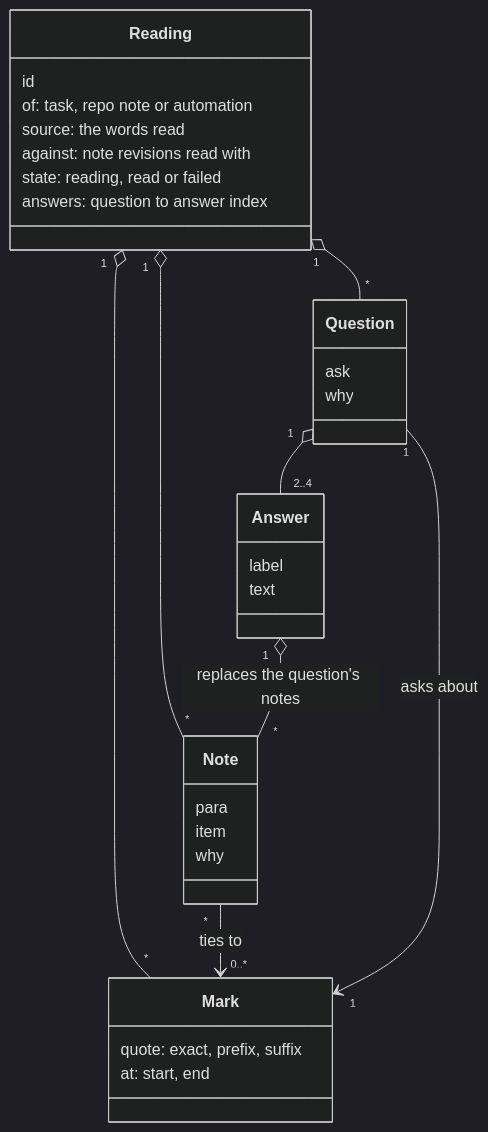
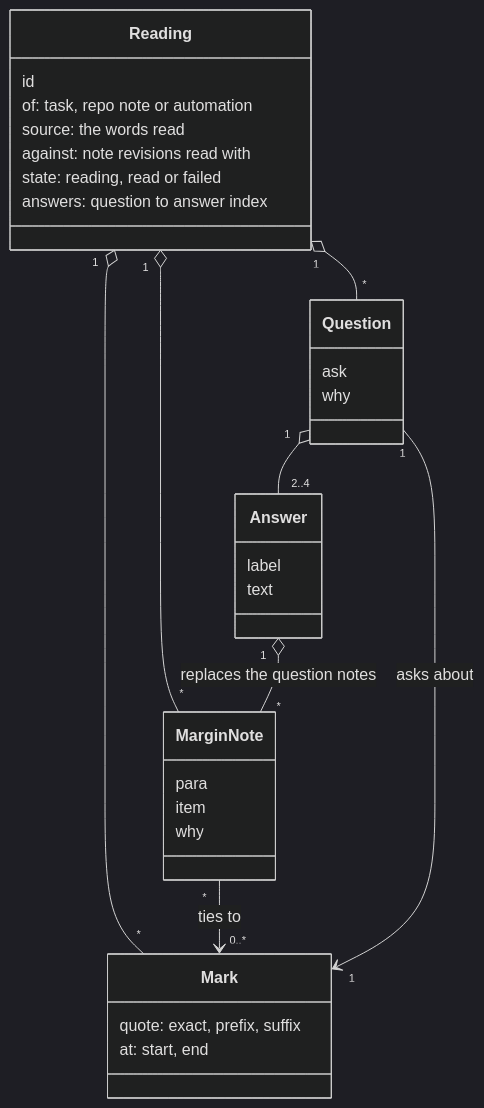
The first of 7 diagrams in docs/specs/prompt-reading.md (IniZio/moor), drawn with Mermaid (dark theme) before and after one commit. The commit also changed other lines of this file, not shown here.

````diff
--- a/docs/specs/prompt-reading.md
+++ b/docs/specs/prompt-reading.md
@@ -45,35 +47,35 @@
 ```mermaid
 classDiagram
 	class Reading {
 		id
 		of: task, repo note or automation
 		source: the words read
 		against: note revisions read with
 		state: reading, read or failed
 		answers: question to answer index
 	}
 	class Mark {
 		quote: exact, prefix, suffix
 		at: start, end
 	}
-	class Note {
+	class MarginNote {
 		para
 		item
 		why
 	}
 	class Question {
 		ask
 		why
 	}
 	class Answer {
 		label
 		text
 	}
 	Reading "1" o-- "*" Mark
-	Reading "1" o-- "*" Note
+	Reading "1" o-- "*" MarginNote
 	Reading "1" o-- "*" Question
-	Note "*" --> "0..*" Mark : ties to
+	MarginNote "*" --> "0..*" Mark : ties to
 	Question "1" --> "1" Mark : asks about
 	Question "1" o-- "2..4" Answer
-	Answer "1" o-- "*" Note : replaces the question's notes
+	Answer "1" o-- "*" MarginNote : replaces the question notes
 ```
````
